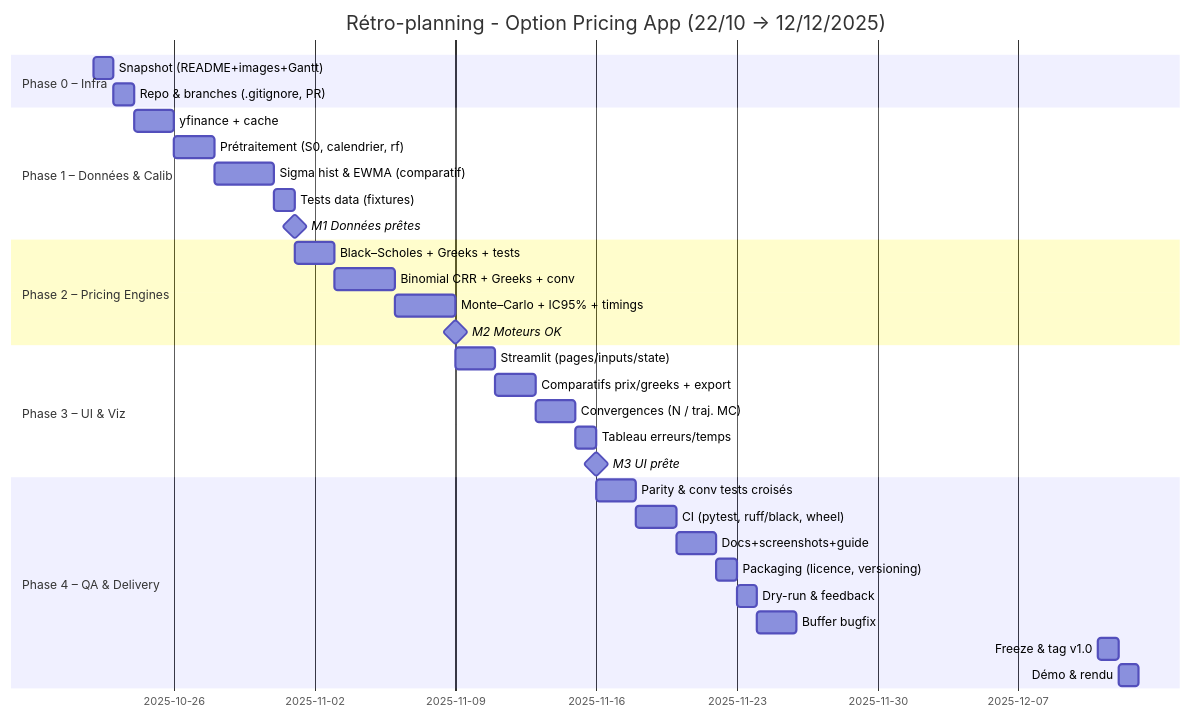
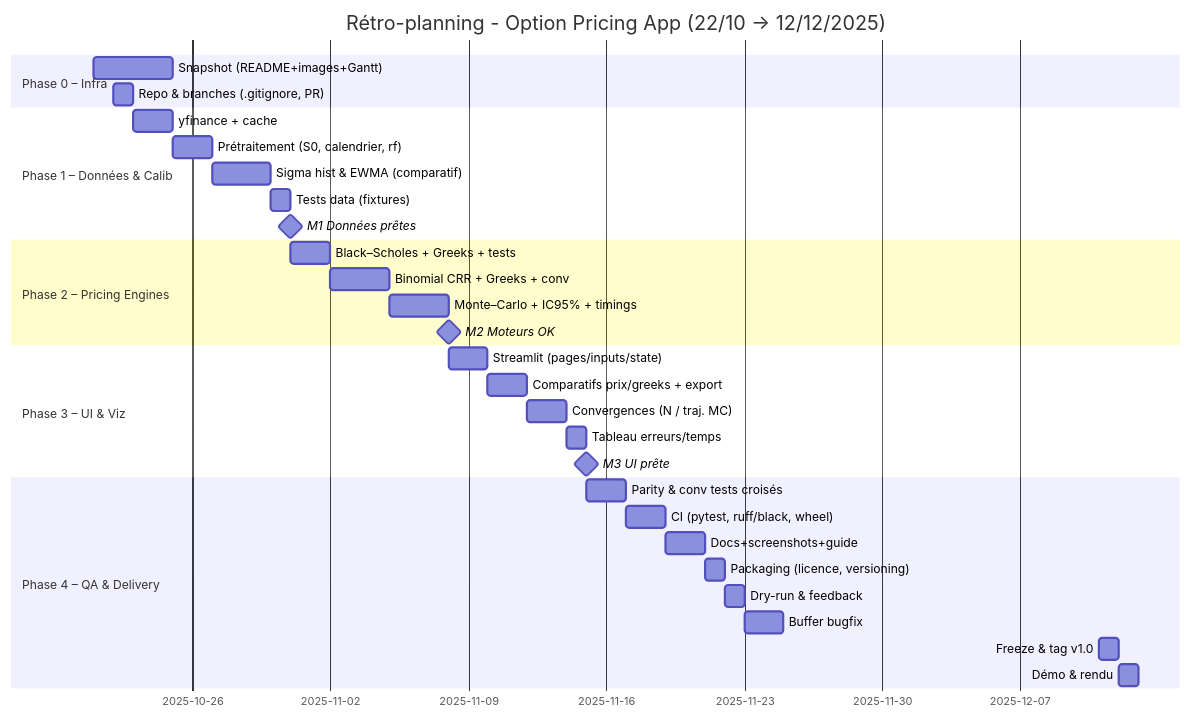
Before and after one commit to Karam-Benameur/stream_options: the diagram in roadmap/Gantt_Diagram.md, drawn with Mermaid.

````diff
--- a/roadmap/Gantt_Diagram.md
+++ b/roadmap/Gantt_Diagram.md
@@ -1,42 +1,42 @@
 ```mermaid
 gantt
     title Rétro-planning - Option Pricing App (22/10 → 12/12/2025)
     dateFormat  YYYY-MM-DD
     %% aucune exclusion -> pas de bandes jaunes
 
     section Phase 0 – Infra
-    Snapshot (README+images+Gantt)      :s1, 2025-10-22, 1d
-    Repo & branches (.gitignore, PR)    :s2, after s1, 1d
+    Snapshot (README+images+Gantt)      :s1, 2025-10-21, 4d
+    Repo & branches (.gitignore, PR)    :s2, 2025-10-22, 1d
 
     section Phase 1 – Données & Calib
     yfinance + cache                     :d1, after s2, 2d
     Prétraitement (S0, calendrier, rf)   :d2, after d1, 2d
     Sigma hist & EWMA (comparatif)       :d3, after d2, 3d
     Tests data (fixtures)                :d4, after d3, 1d
     M1 Données prêtes                    :milestone, m1, after d4, 0d
 
     section Phase 2 – Pricing Engines
     Black–Scholes + Greeks + tests       :p1, after m1, 2d
     Binomial CRR + Greeks + conv         :p2, after p1, 3d
     Monte–Carlo + IC95% + timings        :p3, after p2, 3d
     M2 Moteurs OK                        :milestone, m2, after p3, 0d
 
     section Phase 3 – UI & Viz
     Streamlit (pages/inputs/state)       :u1, after m2, 2d
     Comparatifs prix/greeks + export     :u2, after u1, 2d
     Convergences (N / traj. MC)          :u3, after u2, 2d
     Tableau erreurs/temps                :u4, after u3, 1d
     M3 UI prête                          :milestone, m3, after u4, 0d
 
     section Phase 4 – QA & Delivery
     Parity & conv tests croisés          :q1, after m3, 2d
     CI (pytest, ruff/black, wheel)       :q2, after q1, 2d
     Docs+screenshots+guide               :q3, after q2, 2d
     Packaging (licence, versioning)      :q4, after q3, 1d
     Dry-run & feedback                   :q5, after q4, 1d
     Buffer bugfix                        :q6, after q5, 2d
     Freeze & tag v1.0                    :rel, 2025-12-11, 1d
     Démo & rendu                         :fin, 2025-12-12, 1d
 
 
 ```
````
